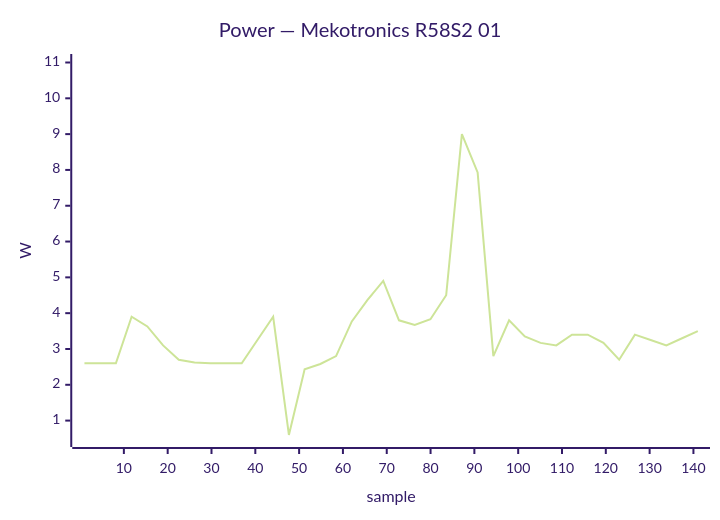
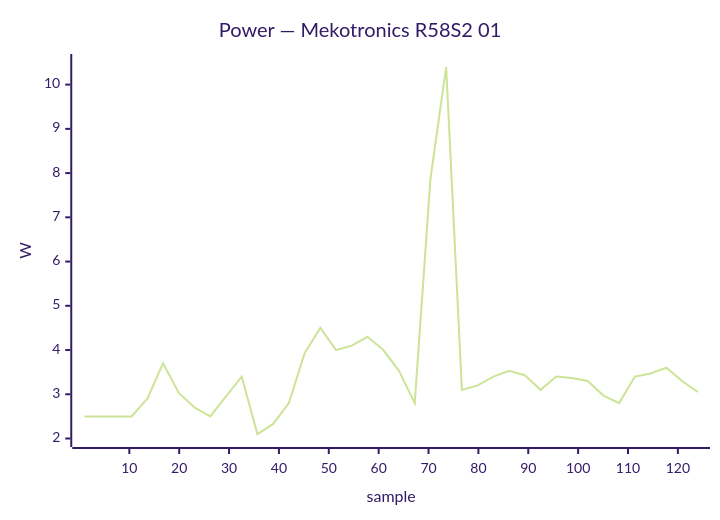
Before and after one commit to armbian/documentation: diagram 17 of 40 in docs/status/board-tests.md, drawn with Mermaid (forest theme). The commit also changed other lines of this file, not shown here.

````diff
--- a/docs/status/board-tests.md
+++ b/docs/status/board-tests.md
@@ -818,7 +805,7 @@
 ```mermaid
 xychart-beta
     title "Power — Mekotronics R58S2 01"
-    x-axis "sample" 1 --> 141
-    y-axis "W" 0.5 --> 11.0
-    line [2.60, 2.60, 2.60, 3.90, 3.63, 3.10, 2.70, 2.62, 2.60, 2.60, 2.60, 3.25, 3.90, 0.60, 2.43, 2.58, 2.80, 3.77, 4.37, 4.90, 3.80, 3.67, 3.83, 4.50, 9.00, 7.93, 2.80, 3.80, 3.35, 3.17, 3.10, 3.40, 3.40, 3.17, 2.70, 3.40, 3.25, 3.10, 3.30, 3.50]
+    x-axis "sample" 1 --> 124
+    y-axis "W" 2.0 --> 10.5
+    line [2.50, 2.50, 2.50, 2.50, 2.90, 3.70, 3.03, 2.70, 2.50, 2.95, 3.40, 2.10, 2.33, 2.80, 3.93, 4.50, 4.00, 4.10, 4.30, 4.00, 3.53, 2.80, 7.87, 10.40, 3.10, 3.20, 3.40, 3.53, 3.43, 3.10, 3.40, 3.37, 3.30, 2.97, 2.80, 3.40, 3.47, 3.60, 3.30, 3.05]
 ```
````
